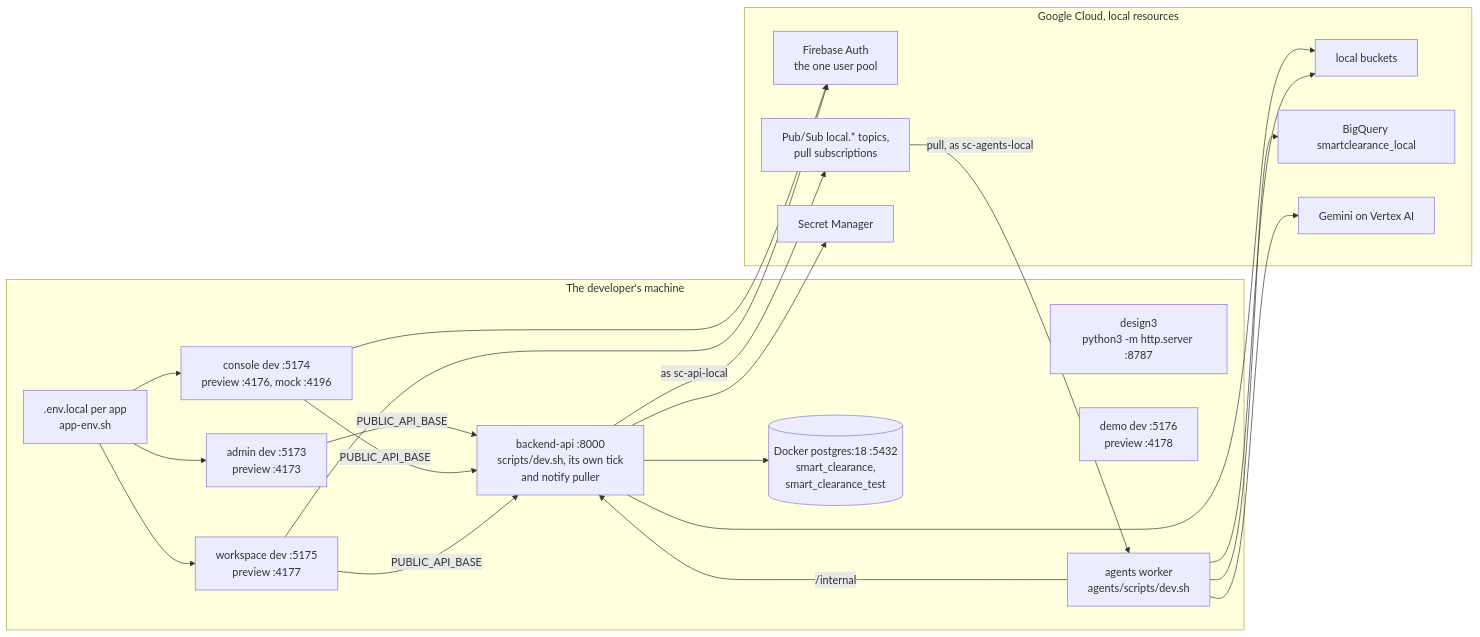
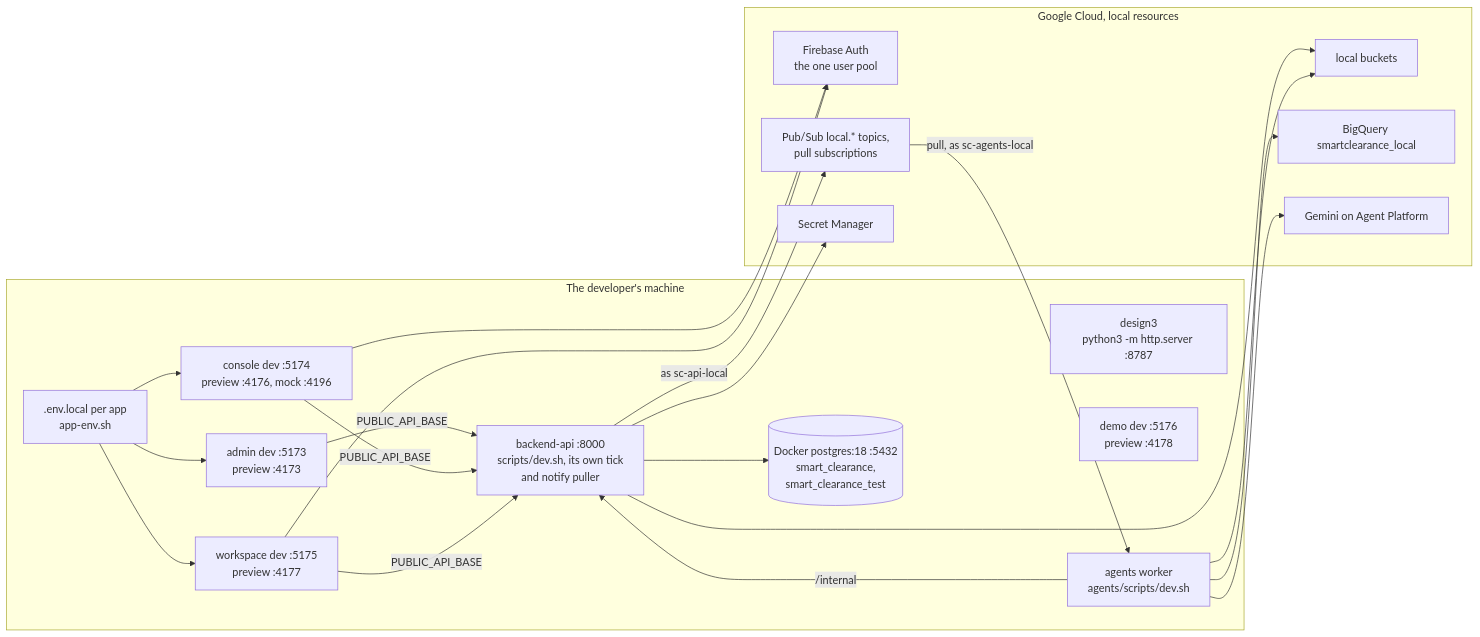
Before and after one commit to aibuilder2026/smart-clearance: the tenth of 11 diagrams in ARCHITECTURE.md, drawn with Mermaid. The commit also changed other lines of this file and 16 other files, not shown here.

````diff
--- a/ARCHITECTURE.md
+++ b/ARCHITECTURE.md
@@ -1004,39 +1099,39 @@
 ```mermaid
 flowchart LR
   subgraph machine["The developer's machine"]
     d3["design3<br/>python3 -m http.server :8787"]
     admin["admin dev :5173<br/>preview :4173"]
     console["console dev :5174<br/>preview :4176, mock :4196"]
     workspace["workspace dev :5175<br/>preview :4177"]
     demo["demo dev :5176<br/>preview :4178"]
     api["backend-api :8000<br/>scripts/dev.sh, its own tick<br/>and notify puller"]
     worker["agents worker<br/>agents/scripts/dev.sh"]
     pg[("Docker postgres:18 :5432<br/>smart_clearance,<br/>smart_clearance_test")]
     envl[".env.local per app<br/>app-env.sh"]
   end
   subgraph cloud["Google Cloud, local resources"]
     fa["Firebase Auth<br/>the one user pool"]
     ps["Pub/Sub local.* topics,<br/>pull subscriptions"]
     gcs["local buckets"]
     bq["BigQuery smartclearance_local"]
-    vx["Gemini on Vertex AI"]
+    vx["Gemini on Agent Platform"]
     sm["Secret Manager"]
   end
   envl --> admin
   envl --> console
   envl --> workspace
   admin -- "PUBLIC_API_BASE" --> api
   console -- "PUBLIC_API_BASE" --> api
   workspace -- "PUBLIC_API_BASE" --> api
   console --> fa
   workspace --> fa
   api --> pg
   api -- "as sc-api-local" --> ps
   api --> gcs
   api --> sm
   ps -- "pull, as sc-agents-local" --> worker
   worker -- "/internal" --> api
   worker --> bq
   worker --> gcs
   worker --> vx
 ```
````
